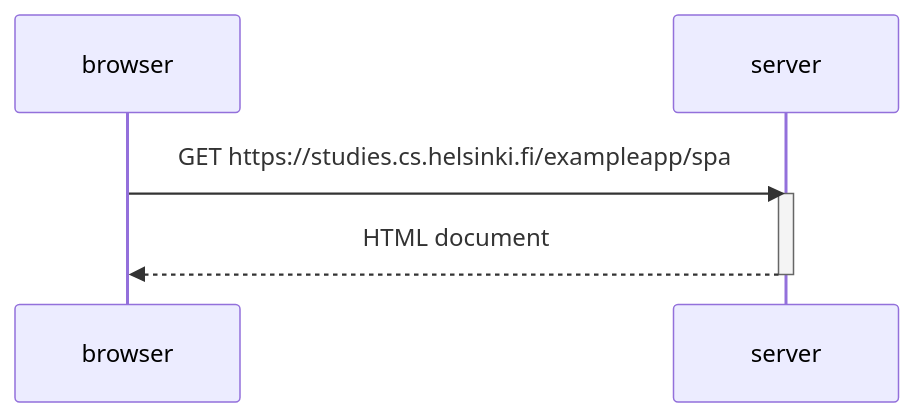
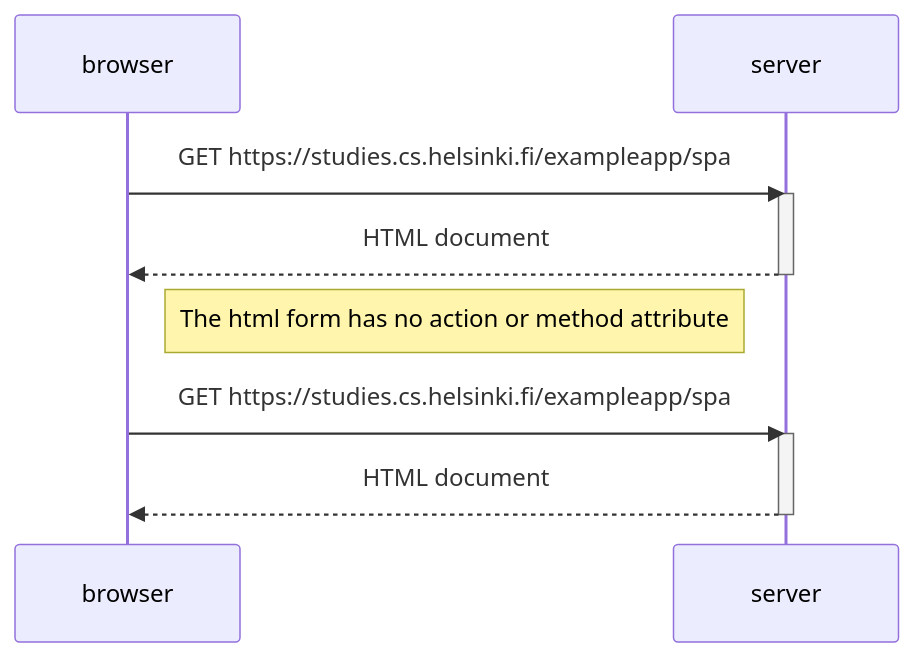
Before and after one commit to Burstniart/fullstackopen: the diagram in part0/new_note_in_single_page_app_diagram.md, drawn with Mermaid.

Commit message:
structure

````diff
--- a/part0/new_note_in_single_page_app_diagram.md
+++ b/part0/new_note_in_single_page_app_diagram.md
@@ -1,11 +1,19 @@
 ```mermaid
 sequenceDiagram
     participant browser
     participant server
 
     browser->>server: GET https://studies.cs.helsinki.fi/exampleapp/spa
     activate server
     server-->>browser: HTML document
     deactivate server
-    
+
+    Note right of browser: The html form has no action or method attribute
+
+    browser->>server: GET https://studies.cs.helsinki.fi/exampleapp/spa
+    activate server
+    server-->>browser: HTML document
+    deactivate server
+
+
 ```
````
